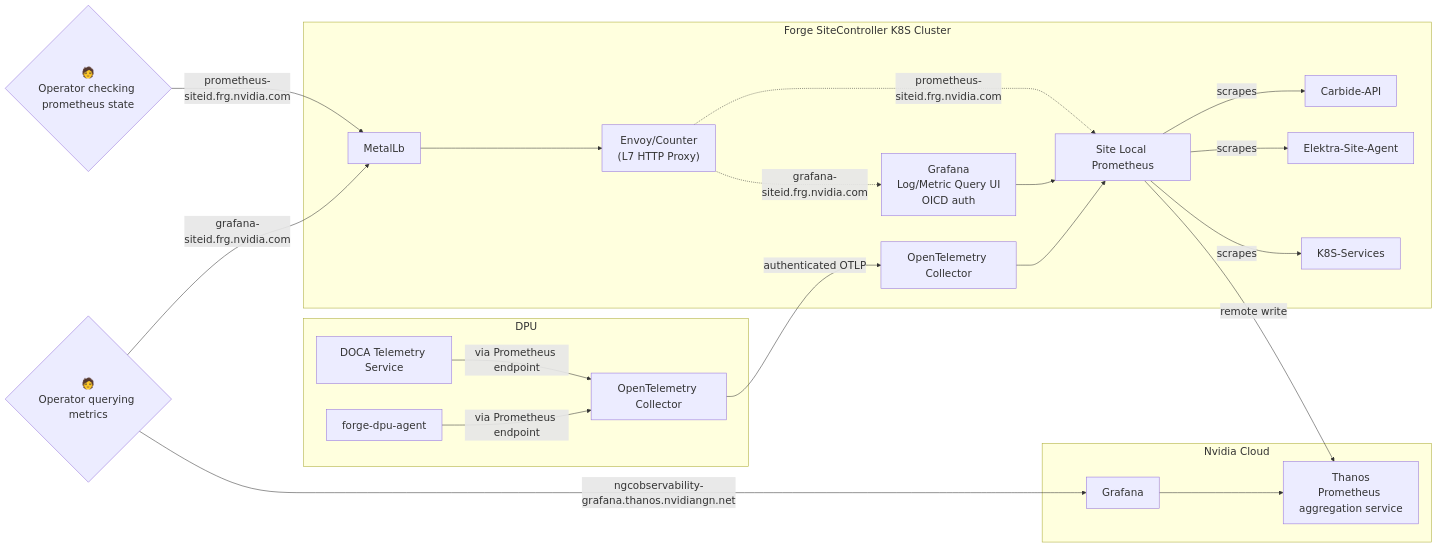
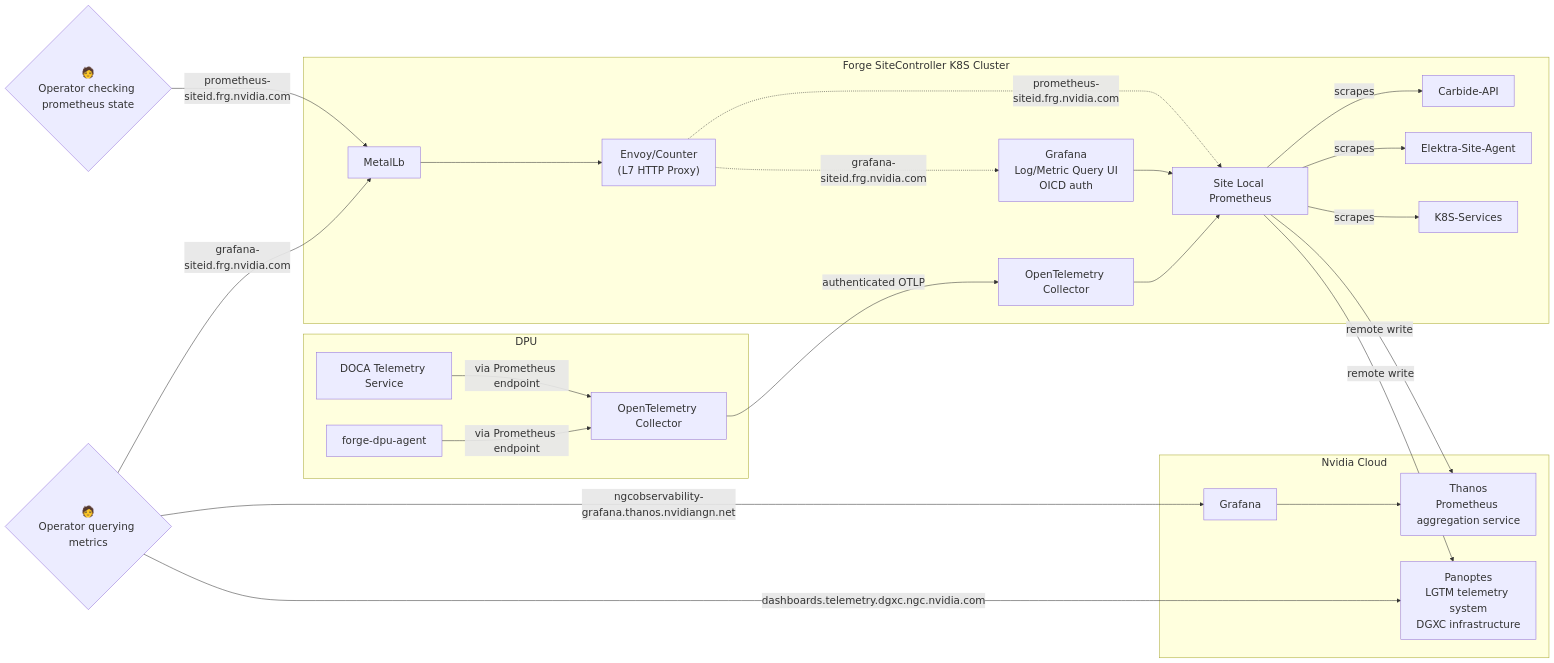
One commit to NVIDIA/bare-metal-manager-core changed the diagram in book/src/observability/site_metrics.md. Above: the diagram before and after it, drawn with Mermaid. The commit also changed other lines of this file and 5 other files, not shown here.

````diff
--- a/book/src/observability/site_metrics.md
+++ b/book/src/observability/site_metrics.md
@@ -21,30 +22,32 @@
 ```mermaid
 %%{init: {'themeVariables': { 'fontSize': '20px' }}}%%
 flowchart LR
     subgraph Forge SiteController K8S Cluster
         Prometheus[Site Local Prometheus] -- scrapes --> Carbide-API
         Prometheus -- scrapes --> Elektra-Site-Agent
         Prometheus -- scrapes --> K8S-Services
 
         MetalLb --> SiteEnvoy["Envoy/Counter<br>(L7 HTTP Proxy)"]
         SiteEnvoy -. "grafana-siteid.frg.nvidia.com" .-> SiteGrafana[Grafana<br>Log/Metric Query UI<br>OICD auth]
         SiteEnvoy -. "prometheus-siteid.frg.nvidia.com" .-> Prometheus
         SiteGrafana --> Prometheus
         OTELC["OpenTelemetry Collector"] --> Prometheus
     end
 
     subgraph DPU
         DTS["DOCA Telemetry Service"] -- via Prometheus endpoint --> DPUOTELC
         DPUAGENT["forge-dpu-agent"] -- via Prometheus endpoint --> DPUOTELC
         DPUOTELC["OpenTelemetry Collector"] -- authenticated OTLP --> OTELC
     end
 
     subgraph Nvidia Cloud
         Prometheus -- remote write --> Thanos[Thanos<br>Prometheus aggregation service]
+        Prometheus -- remote write --> Panoptes[Panoptes<br>LGTM telemetry system<br>DGXC infrastructure]
         CloudGrafana[Grafana] --> Thanos
     end
 
     LV2{"🧑<br>Operator checking prometheus state"} -- "prometheus-siteid.frg.nvidia.com" --> MetalLb
     LV{"🧑<br>Operator querying metrics"} -- "grafana-siteid.frg.nvidia.com" --> MetalLb
     LV -- "ngcobservability-grafana.thanos.nvidiangn.net" --> CloudGrafana
+    LV -- "dashboards.telemetry.dgxc.ngc.nvidia.com" --> Panoptes
 ```
````
